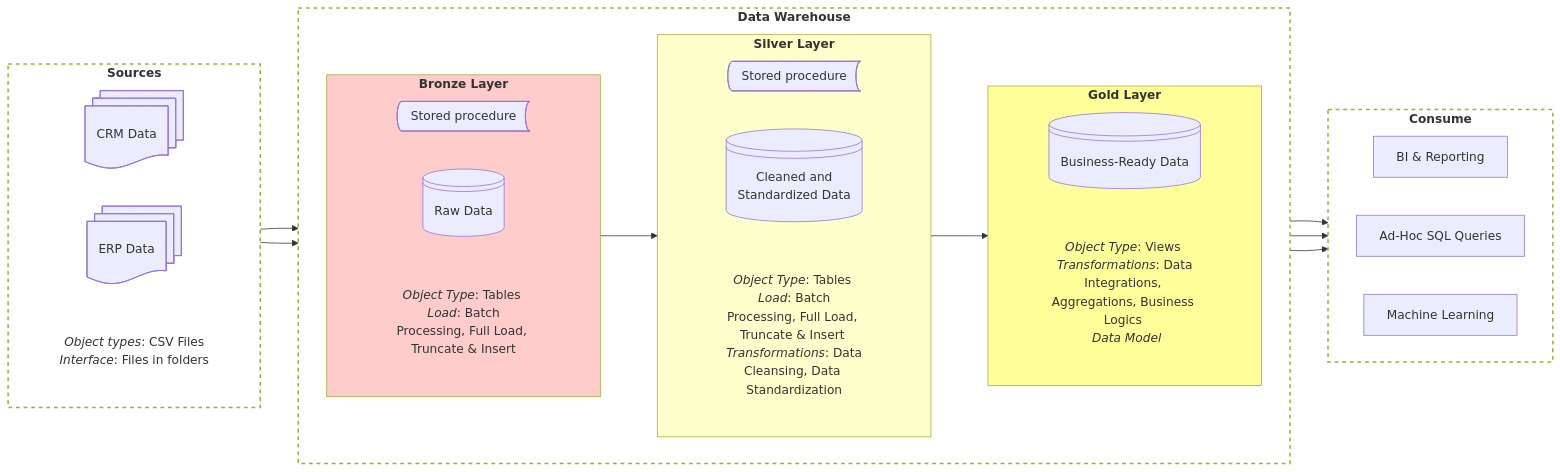
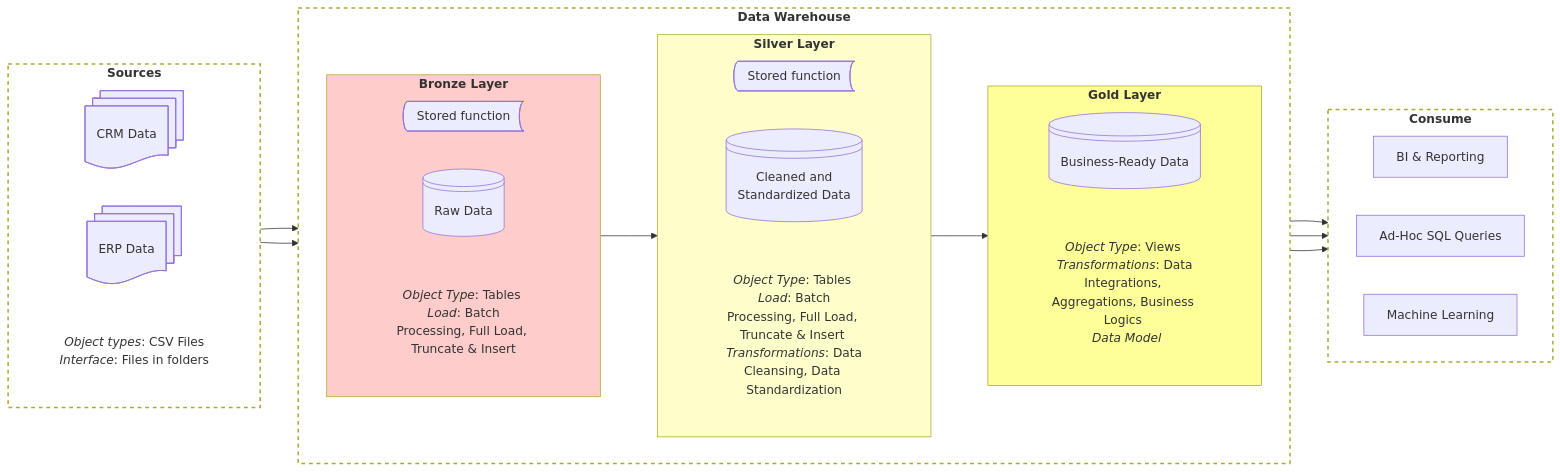
One commit to laulowcode/de-dwh-erp-crm changed the diagram in doc/architecture.md. Above: the diagram before and after it, drawn with Mermaid.

````diff
--- a/doc/architecture.md
+++ b/doc/architecture.md
@@ -1,60 +1,60 @@
 ```mermaid
 flowchart LR;
     subgraph LEVEL_SOURCES["<strong>Sources</strong>"]
         direction LR
         DATA_SOURCE_CRM@{ shape: docs, label: "CRM Data" }
         DATA_SOURCE_ERP@{ shape: docs, label: "ERP Data" }
         NOTE_SOURCES["<i>Object types</i>: CSV Files <br> <i>Interface</i>: Files in folders"]
     end
 
     subgraph LEVEL_DATAWAREHOUSE["<strong>Data Warehouse</strong>"]
         direction LR
 
         subgraph LAYER_BRONZE["<strong>Bronze Layer</strong>"]
             direction LR
-            MISC_STORED_PROCEDURE_1@{ shape: bow-rect, label: "Stored procedure" }
+            MISC_STORED_FUNCTION_1@{ shape: bow-rect, label: "Stored function" }
             DATA_RAW@{ shape: lin-cyl, label: "Raw Data" }
             NOTE_BRONZE["<i>Object Type</i>: Tables <br> <i>Load</i>: Batch Processing, Full Load, Truncate & Insert"]
         end
 
         subgraph LAYER_SILVER["<strong>Silver Layer</strong>"]
             direction LR
-            MISC_STORED_PROCEDURE_2@{ shape: bow-rect, label: "Stored procedure" }
+            MISC_STORED_FUNCTION_2@{ shape: bow-rect, label: "Stored function" }
             DATA_CLEANED_STANDARDIZED@{ shape: lin-cyl, label: "Cleaned and <br>Standardized Data"}
             NOTE_SILVER["<i>Object Type</i>: Tables <br> <i>Load</i>: Batch Processing, Full Load, Truncate & Insert <br> <i>Transformations</i>: Data Cleansing, Data Standardization"]
         end
 
         subgraph LAYER_GOLD["<strong>Gold Layer</strong>"]
             direction LR
             DATA_BUSINESS_READY@{ shape: lin-cyl, label: "Business-Ready Data"}
             NOTE_GOLD["<i>Object Type</i>: Views <br> <i>Transformations</i>: Data Integrations, Aggregations, Business Logics <br> <i>Data Model</i>"]
         end
     end
 
     subgraph LEVEL_CONSUME["<strong>Consume</strong>"]
         direction LR
         F[BI & Reporting]
         G1[Ad-Hoc SQL Queries]
         H[Machine Learning]
     end
 
     DATA_SOURCE_CRM --> DATA_RAW
     DATA_SOURCE_ERP --> DATA_RAW
     DATA_RAW --> DATA_CLEANED_STANDARDIZED
     DATA_CLEANED_STANDARDIZED --> DATA_BUSINESS_READY;
     DATA_BUSINESS_READY --> F
     DATA_BUSINESS_READY --> G1
     DATA_BUSINESS_READY --> H
 
     style LAYER_BRONZE fill:#ffcccc;
     style LAYER_SILVER fill:#ffffcc;
     style LAYER_GOLD fill:#ffff99;
     style NOTE_SOURCES fill:none,stroke:none;
     style NOTE_BRONZE fill:none,stroke:none;
     style NOTE_SILVER fill:none,stroke:none;
     style NOTE_GOLD fill:none,stroke:none;
     style LEVEL_DATAWAREHOUSE fill:#fff,stroke-width:2px,stroke-dasharray: 5 5
     style LEVEL_SOURCES fill:#fff,stroke-width:2px,stroke-dasharray: 5 5
     style LEVEL_CONSUME fill:#fff,stroke-width:2px,stroke-dasharray: 5 5
 
 ```
````
